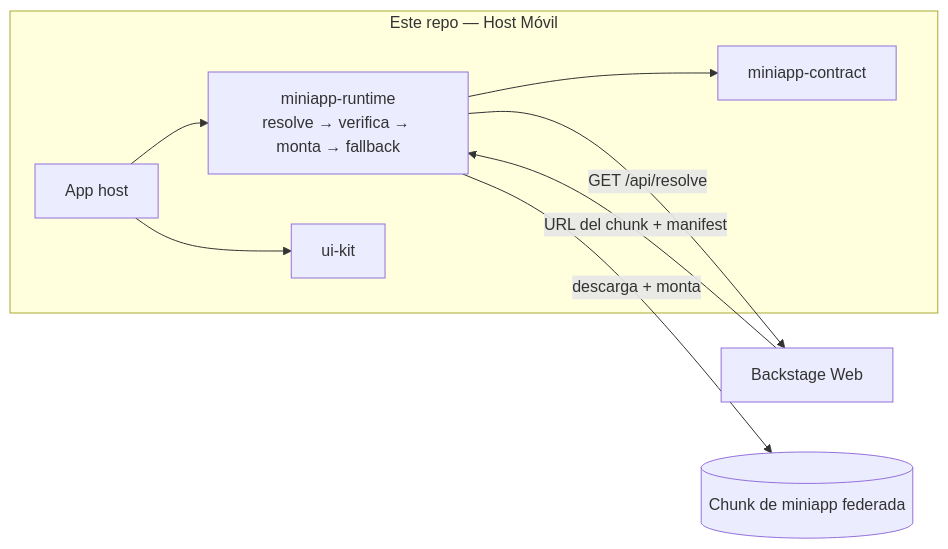
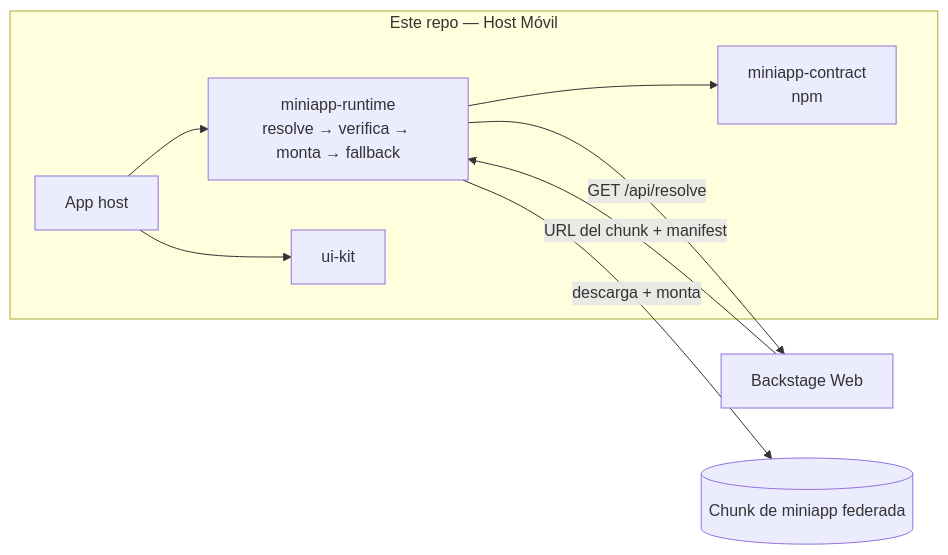
One commit to DentVega/backstagereactnative changed the diagram in README.es.md. Above: the diagram before and after it, drawn with Mermaid. The commit also changed other lines of this file and 19 other files, not shown here.

First line of the commit message:
chore(host): borrar packages/miniapp-contract y el rastro de GitHub Packages

````diff
--- a/README.es.md
+++ b/README.es.md
@@ -14,11 +14,11 @@
 ```mermaid
 flowchart LR
     subgraph This["Este repo — Host Móvil"]
         HOST[App host] --> RT[miniapp-runtime<br/>resolve → verifica → monta → fallback]
         HOST --> UI[ui-kit]
-        RT --> C[miniapp-contract]
+        RT --> C[miniapp-contract<br/>npm]
     end
     RT -->|"GET /api/resolve"| BS[Backstage Web]
     BS -->|URL del chunk + manifest| RT
     RT -->|descarga + monta| REMOTE[(Chunk de miniapp federada)]
 ```
````
